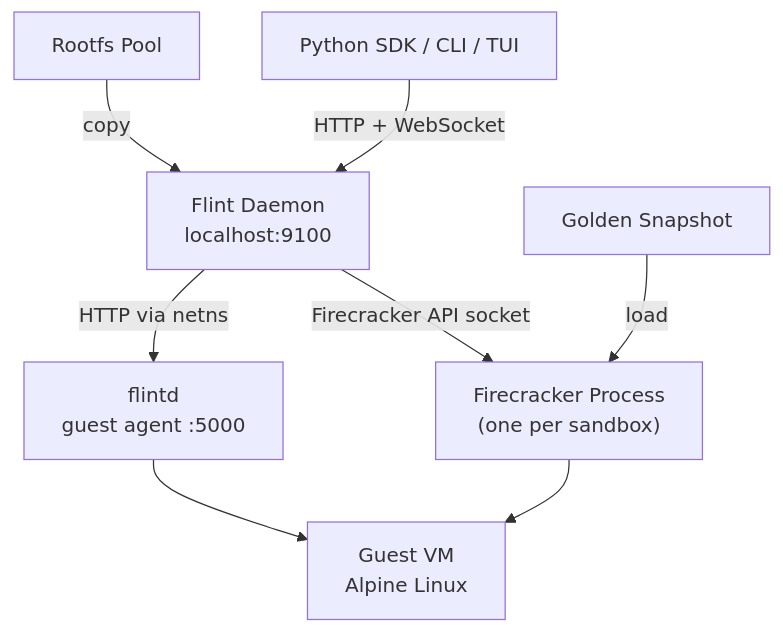
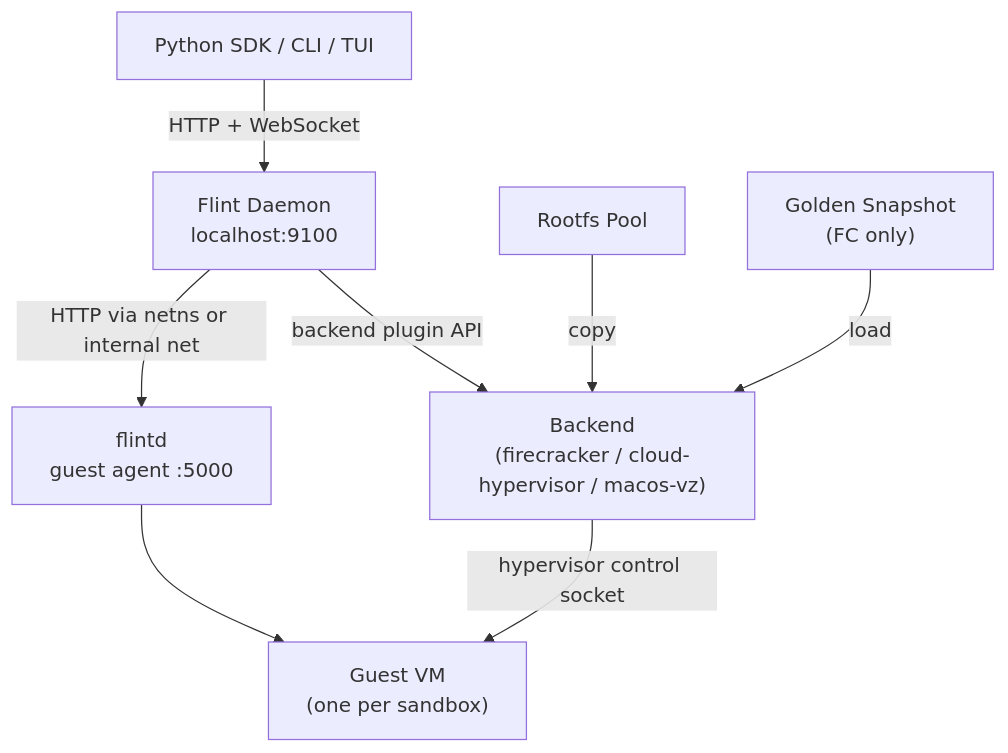
Before and after one commit to jverre/flint: the diagram in docs/architecture/overview.mdx, drawn with Mermaid. The commit also changed other lines of this file and 16 other files, not shown here.

````diff
--- a/docs/architecture/overview.mdx
+++ b/docs/architecture/overview.mdx
@@ -8,10 +8,10 @@
 ```mermaid
 graph TD
     SDK["Python SDK / CLI / TUI"] -->|HTTP + WebSocket| Daemon
-    Daemon["Flint Daemon\nlocalhost:9100"] -->|Firecracker API socket| FC["Firecracker Process\n(one per sandbox)"]
-    Daemon -->|HTTP via netns| flintd["flintd\nguest agent :5000"]
-    FC --> VM["Guest VM\nAlpine Linux"]
+    Daemon["Flint Daemon\nlocalhost:9100"] -->|backend plugin API| Backend["Backend\n(firecracker / cloud-hypervisor / macos-vz)"]
+    Backend -->|hypervisor control socket| VM["Guest VM\n(one per sandbox)"]
+    Daemon -->|HTTP via netns or internal net| flintd["flintd\nguest agent :5000"]
     flintd --> VM
-    Pool["Rootfs Pool"] -->|copy| Daemon
-    Snapshot["Golden Snapshot"] -->|load| FC
+    Pool["Rootfs Pool"] -->|copy| Backend
+    Snapshot["Golden Snapshot\n(FC only)"] -->|load| Backend
 ```
````
